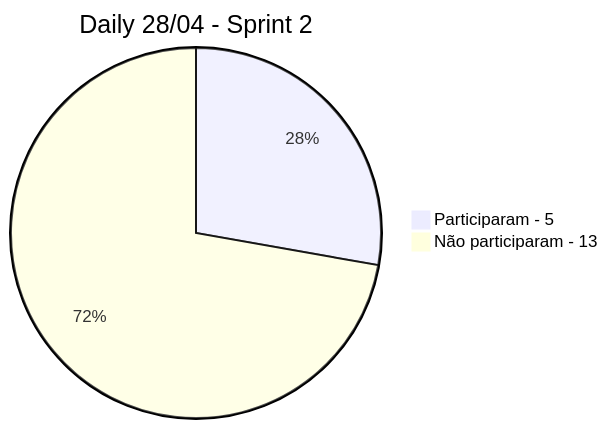
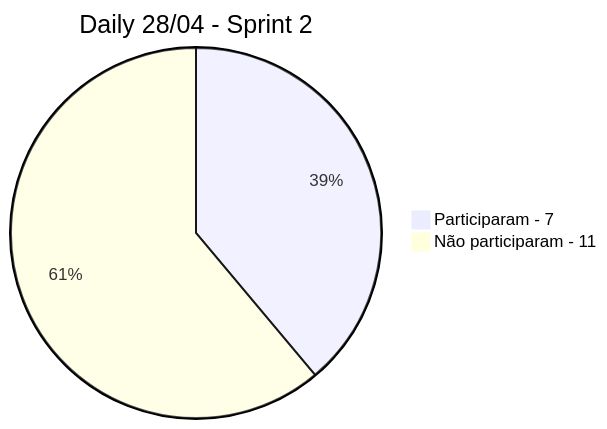
Before and after one commit to VeiculosMontadora/Backup_Wiki: the eighth of 8 diagrams in Sprints.md, drawn with Mermaid.

Commit message:
Update dailys

````diff
--- a/Sprints.md
+++ b/Sprints.md
@@ -864,5 +864,5 @@
 ```mermaid
 pie title Daily 28/04 - Sprint 2
-    "Participaram - 5": 5
-    "Não participaram - 13": 13
+    "Participaram - 7": 7
+    "Não participaram - 11": 11
 ```
````
